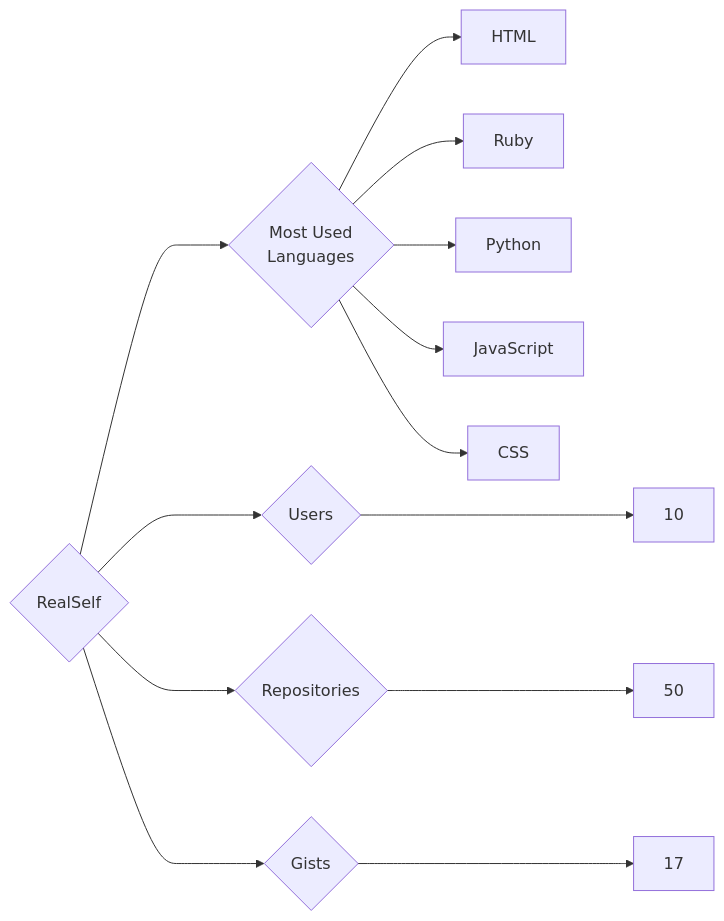
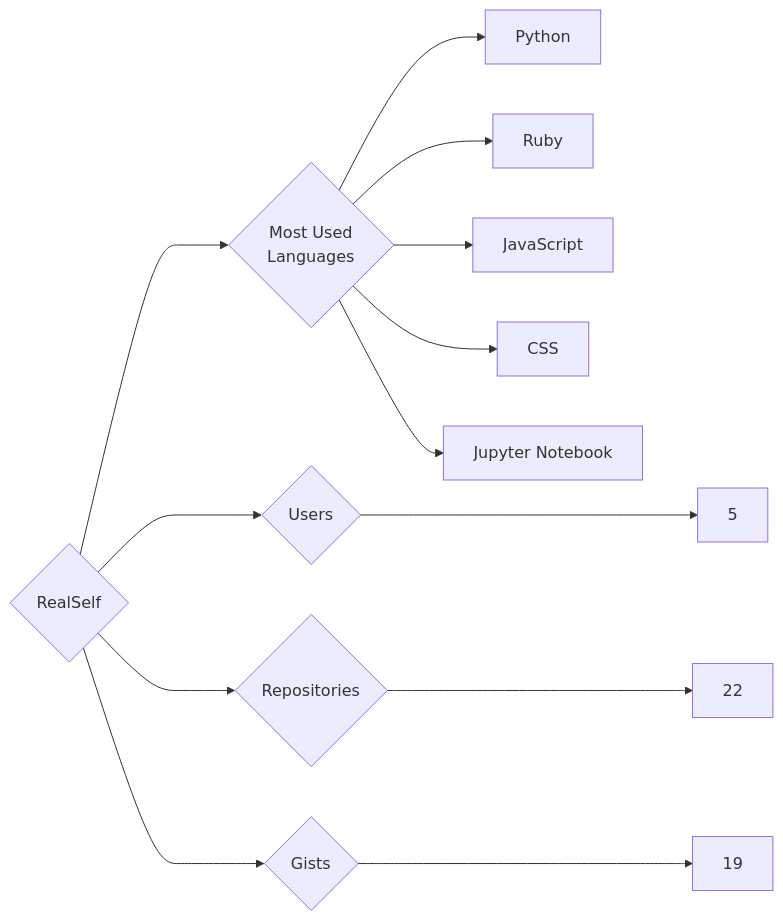
The diagram in targets/RealSelf/README.md (trickest/insiders), drawn with Mermaid before and after one commit. The commit also changed 995 other files, not shown here.

````diff
--- a/targets/RealSelf/README.md
+++ b/targets/RealSelf/README.md
@@ -3,13 +3,13 @@
 ```mermaid
 graph LR
 COMPANY_NAME{RealSelf}
-COMPANY_NAME ---> U{Users} ---> UN[10]
-COMPANY_NAME ---> R{Repositories} ---> RN[50]
-COMPANY_NAME ---> G{Gists} ---> GN[17]
+COMPANY_NAME ---> U{Users} ---> UN[5]
+COMPANY_NAME ---> R{Repositories} ---> RN[22]
+COMPANY_NAME ---> G{Gists} ---> GN[19]
 COMPANY_NAME ---> ML{Most Used<br>Languages}
-ML --> HTML[HTML]
+ML --> Python[Python]
 ML --> Ruby[Ruby]
-ML --> Python[Python]
 ML --> JavaScript[JavaScript]
 ML --> CSS[CSS]
+ML --> Jupyter_Notebook[Jupyter Notebook]
 ```
````
